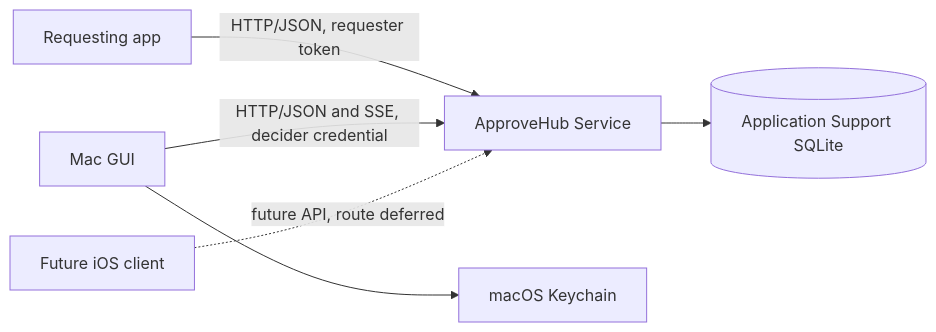
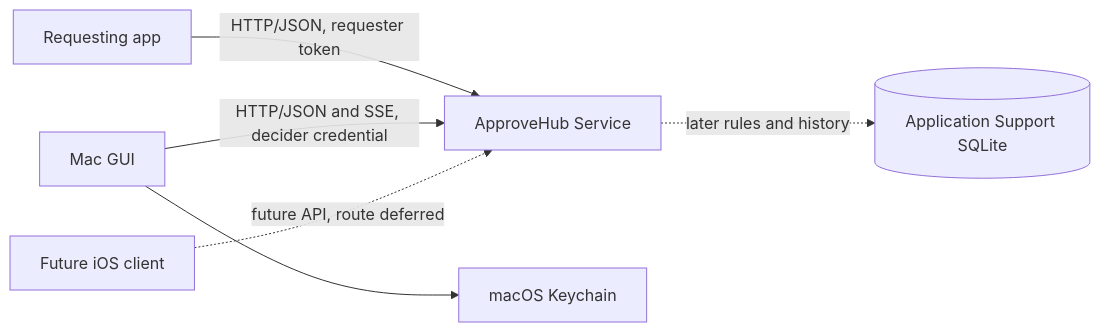
The first of 2 diagrams in docs/architecture.md (pastry-personal5/approve-hub-mac), drawn with Mermaid before and after one commit. The commit also changed other lines of this file and 31 other files, not shown here.

````diff
--- a/docs/architecture.md
+++ b/docs/architecture.md
@@ -9,8 +9,8 @@
 ```mermaid
 flowchart LR
   R[Requesting app] -->|HTTP/JSON, requester token| S[ApproveHub Service]
   G[Mac GUI] -->|HTTP/JSON and SSE, decider credential| S
   I[Future iOS client] -. future API, route deferred .-> S
-  S --> D[(Application Support SQLite)]
+  S -. later rules and history .-> D[(Application Support SQLite)]
   G --> K[macOS Keychain]
 ```
````
